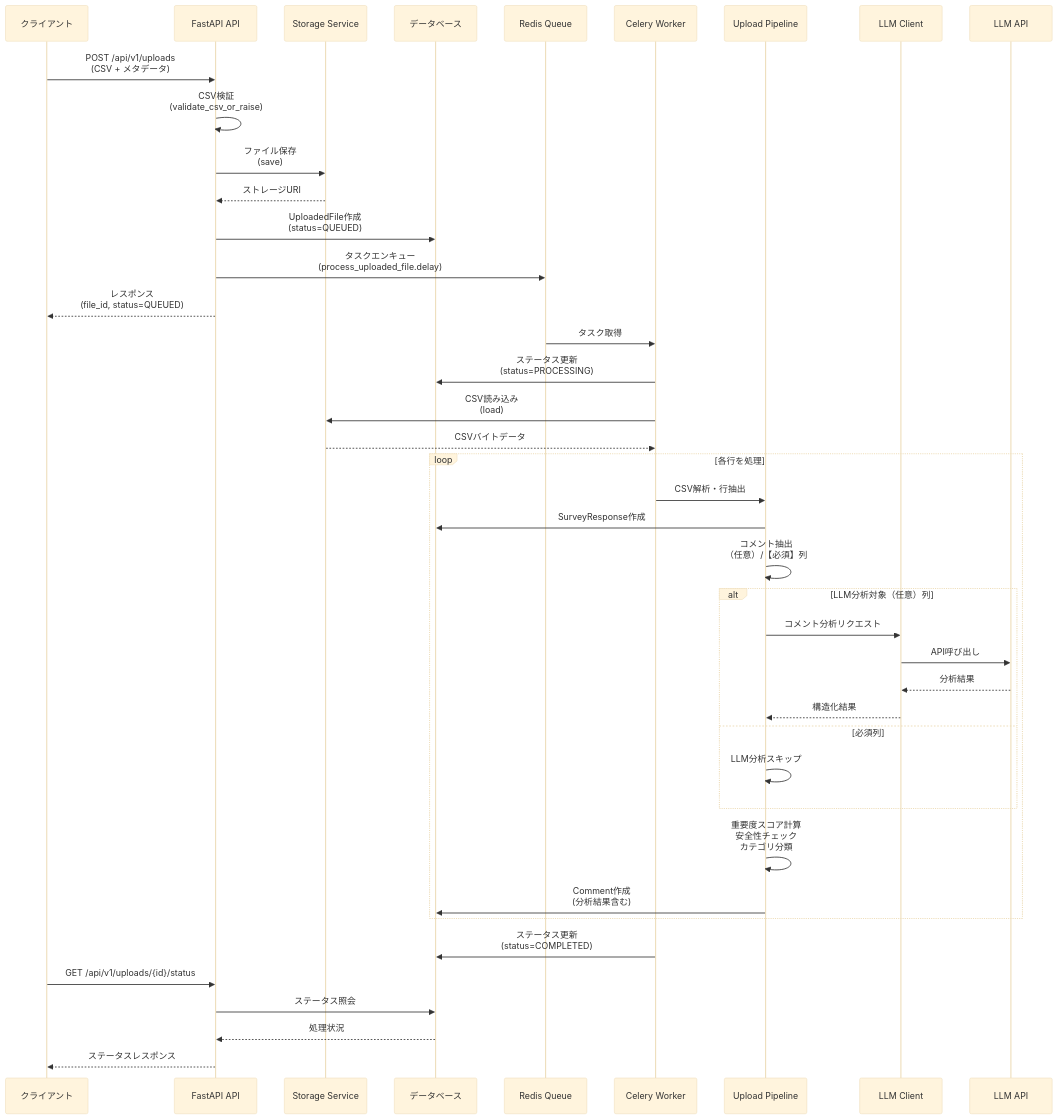
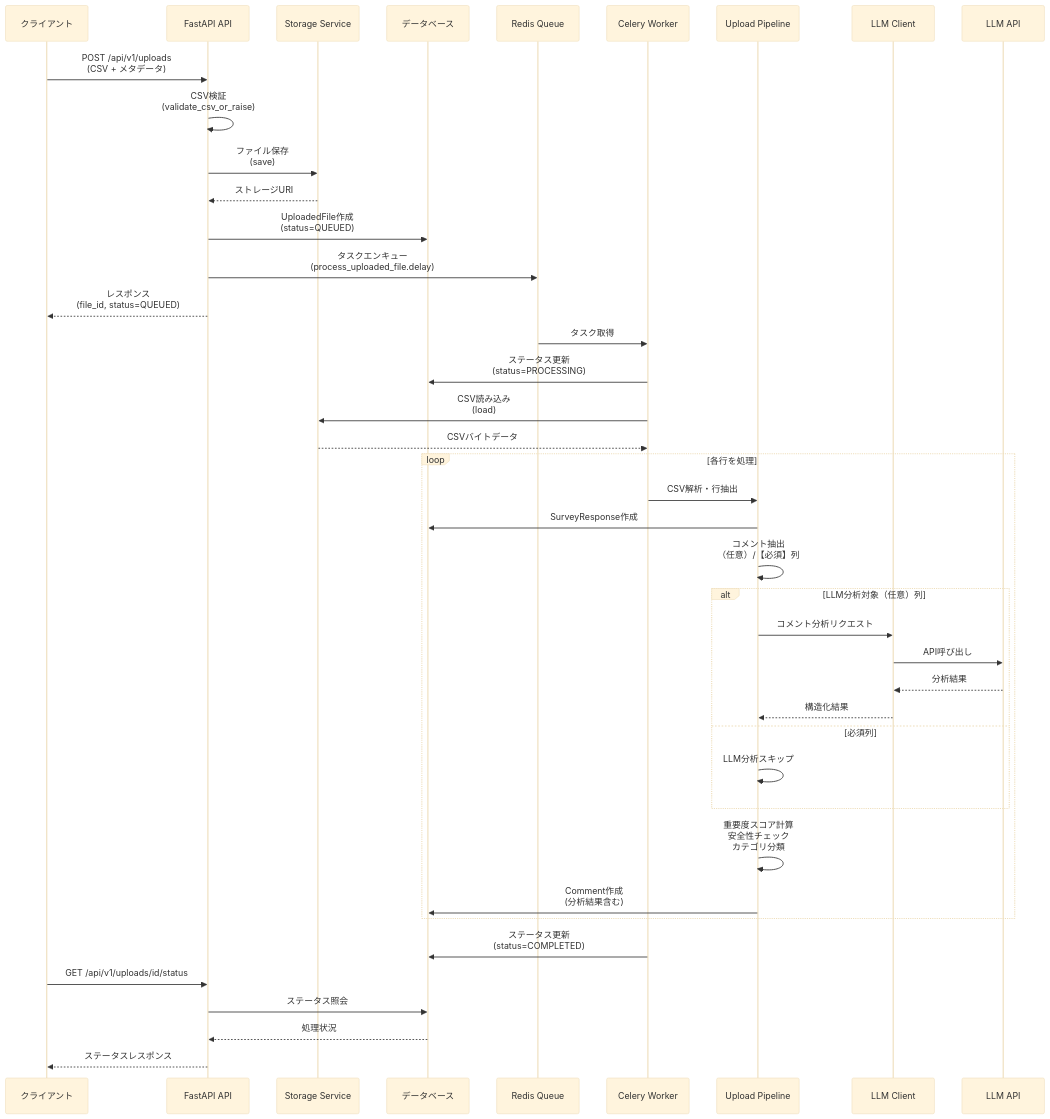
Before and after one commit to yt1970/AIE-DXproject_1_back: the second of 4 diagrams in README.md, drawn with Mermaid (base theme). The commit also changed other lines of this file, not shown here.

Commit message:
Fix formatting in README.md diagrams

````diff
--- a/README.md
+++ b/README.md
@@ -172,50 +172,50 @@
 ```mermaid
 sequenceDiagram
     participant Client as クライアント
     participant API as FastAPI API
     participant Storage as Storage Service
     participant DB as データベース
     participant Redis as Redis Queue
     participant Worker as Celery Worker
     participant Pipeline as Upload Pipeline
     participant LLM as LLM Client
     participant LLMAPI as LLM API
 
     Client->>API: POST /api/v1/uploads<br/>(CSV + メタデータ)
     API->>API: CSV検証<br/>(validate_csv_or_raise)
     API->>Storage: ファイル保存<br/>(save)
     Storage-->>API: ストレージURI
     API->>DB: UploadedFile作成<br/>(status=QUEUED)
     API->>Redis: タスクエンキュー<br/>(process_uploaded_file.delay)
     API-->>Client: レスポンス<br/>(file_id, status=QUEUED)
 
     Redis->>Worker: タスク取得
     Worker->>DB: ステータス更新<br/>(status=PROCESSING)
     Worker->>Storage: CSV読み込み<br/>(load)
     Storage-->>Worker: CSVバイトデータ
     
     loop 各行を処理
         Worker->>Pipeline: CSV解析・行抽出
         Pipeline->>DB: SurveyResponse作成
         Pipeline->>Pipeline: コメント抽出<br/>（任意）/【必須】列
         
         alt LLM分析対象（任意）列
             Pipeline->>LLM: コメント分析リクエスト
             LLM->>LLMAPI: API呼び出し
             LLMAPI-->>LLM: 分析結果
             LLM-->>Pipeline: 構造化結果
         else 必須列
             Pipeline->>Pipeline: LLM分析スキップ
         end
         
         Pipeline->>Pipeline: 重要度スコア計算<br/>安全性チェック<br/>カテゴリ分類
         Pipeline->>DB: Comment作成<br/>(分析結果含む)
     end
     
     Worker->>DB: ステータス更新<br/>(status=COMPLETED)
     
-    Client->>API: GET /api/v1/uploads/{id}/status
+    Client->>API: GET /api/v1/uploads/id/status
     API->>DB: ステータス照会
     DB-->>API: 処理状況
     API-->>Client: ステータスレスポンス
 ```
````
